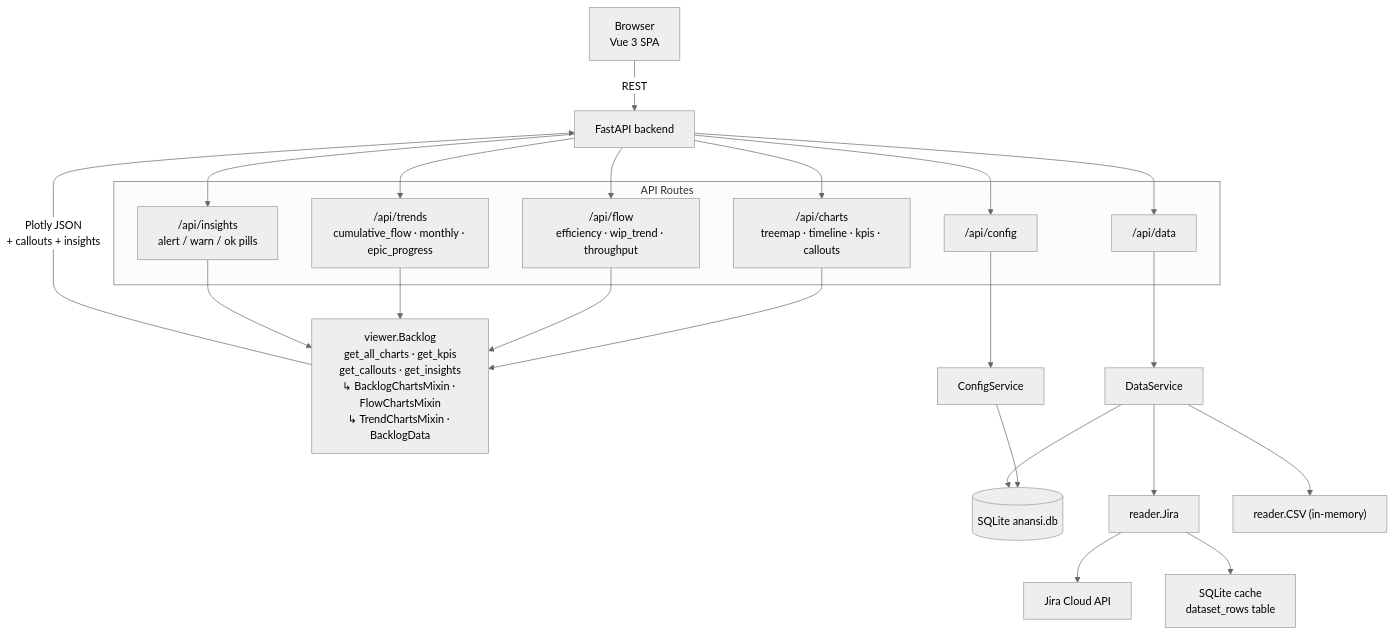
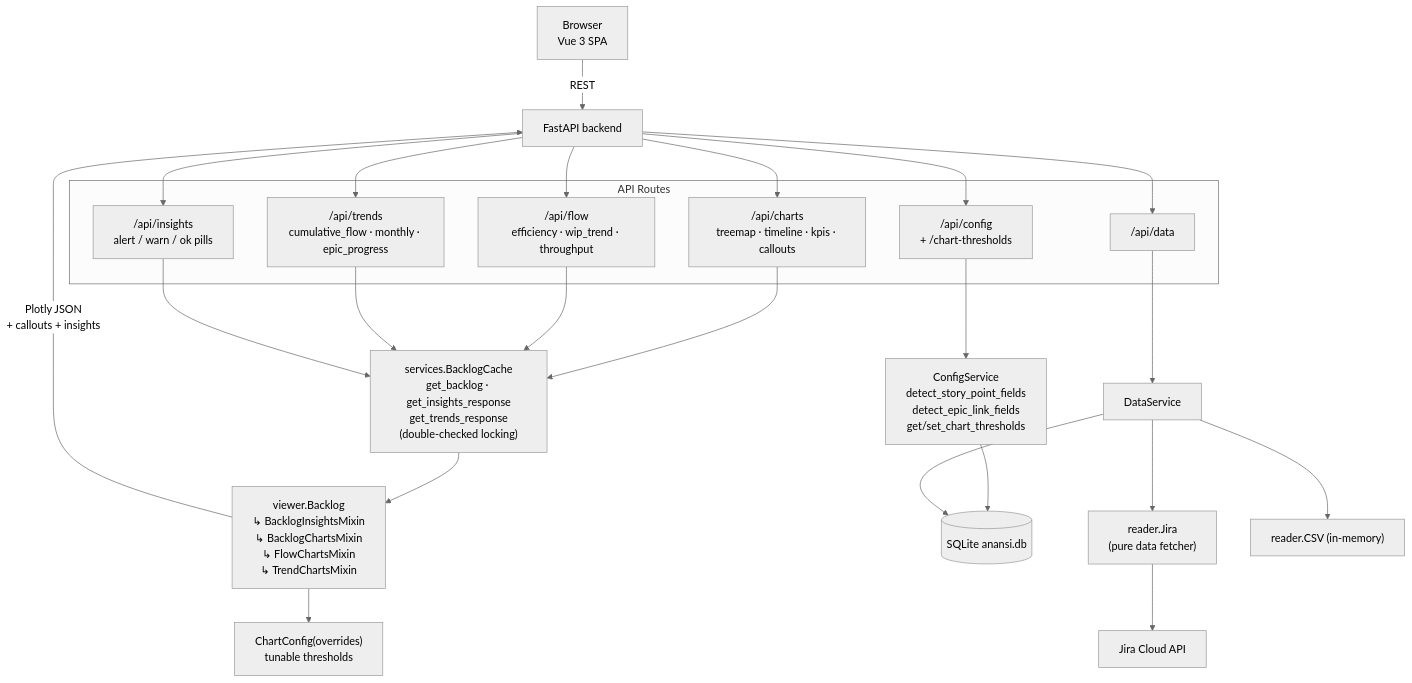
One commit to goncalovalverde/anansi changed the first of 7 diagrams in docs/diagrams/architecture.md. Above: the diagram before and after it, drawn with Mermaid (neutral theme). The commit also changed other lines of this file and 7 other files, not shown here.

First line of the commit message:
feat: chart thresholds UI + ADR-0007 + diagram sync

````diff
--- a/docs/diagrams/architecture.md
+++ b/docs/diagrams/architecture.md
@@ -5,37 +5,39 @@
 ```mermaid
 graph TD
     Browser["Browser\nVue 3 SPA"] -->|REST| FastAPI["FastAPI backend"]
 
     subgraph api ["API Routes"]
         ChartsAPI["/api/charts\ntreemap · timeline · kpis · callouts"]
         FlowAPI["/api/flow\nefficiency · wip_trend · throughput"]
         TrendsAPI["/api/trends\ncumulative_flow · monthly · epic_progress"]
         InsightsAPI["/api/insights\nalert / warn / ok pills"]
-        ConfigAPI["/api/config"]
+        ConfigAPI["/api/config\n+ /chart-thresholds"]
         DataAPI["/api/data"]
     end
 
     FastAPI --> ChartsAPI
     FastAPI --> FlowAPI
     FastAPI --> TrendsAPI
     FastAPI --> InsightsAPI
     FastAPI --> ConfigAPI
     FastAPI --> DataAPI
 
-    ChartsAPI  --> BacklogViewer["viewer.Backlog\nget_all_charts · get_kpis\nget_callouts · get_insights\n↳ BacklogChartsMixin · FlowChartsMixin\n↳ TrendChartsMixin · BacklogData"]
-    FlowAPI    --> BacklogViewer
-    TrendsAPI  --> BacklogViewer
-    InsightsAPI --> BacklogViewer
+    ChartsAPI   --> BacklogCache["services.BacklogCache\nget_backlog · get_insights_response\nget_trends_response\n(double-checked locking)"]
+    FlowAPI     --> BacklogCache
+    TrendsAPI   --> BacklogCache
+    InsightsAPI --> BacklogCache
 
-    ConfigAPI --> ConfigSvc[ConfigService]
+    BacklogCache --> BacklogViewer["viewer.Backlog\n↳ BacklogInsightsMixin\n↳ BacklogChartsMixin\n↳ FlowChartsMixin\n↳ TrendChartsMixin"]
+
+    ConfigAPI --> ConfigSvc["ConfigService\ndetect_story_point_fields\ndetect_epic_link_fields\nget/set_chart_thresholds"]
     DataAPI   --> DataSvc[DataService]
 
     ConfigSvc --> SQLite[("SQLite anansi.db")]
     DataSvc   --> SQLite
-    DataSvc   --> JiraReader["reader.Jira"]
+    DataSvc   --> JiraReader["reader.Jira\n(pure data fetcher)"]
     DataSvc   --> CSVReader["reader.CSV (in-memory)"]
     JiraReader --> JiraAPI["Jira Cloud API"]
-    JiraReader --> SQLiteCache["SQLite cache\ndataset_rows table"]
 
+    BacklogViewer --> ChartConfigInst["ChartConfig(overrides)\ntunable thresholds"]
     BacklogViewer -->|"Plotly JSON\n+ callouts + insights"| FastAPI
 ```
````
